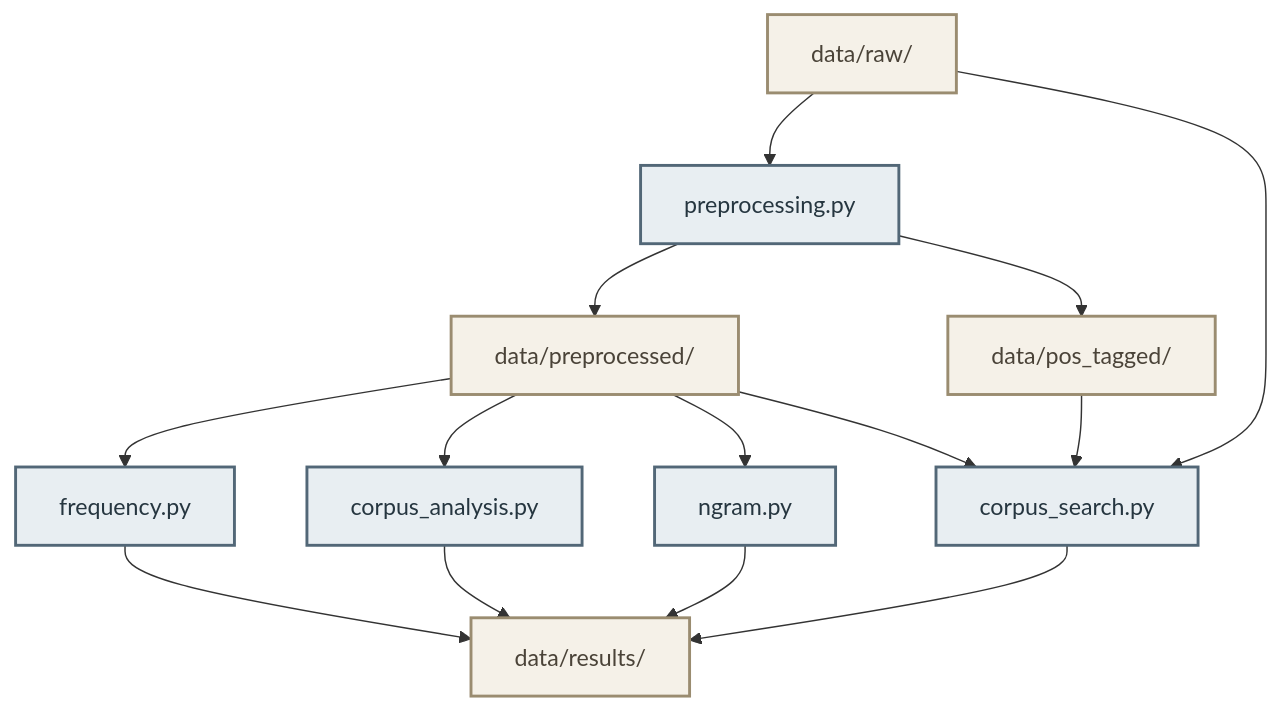
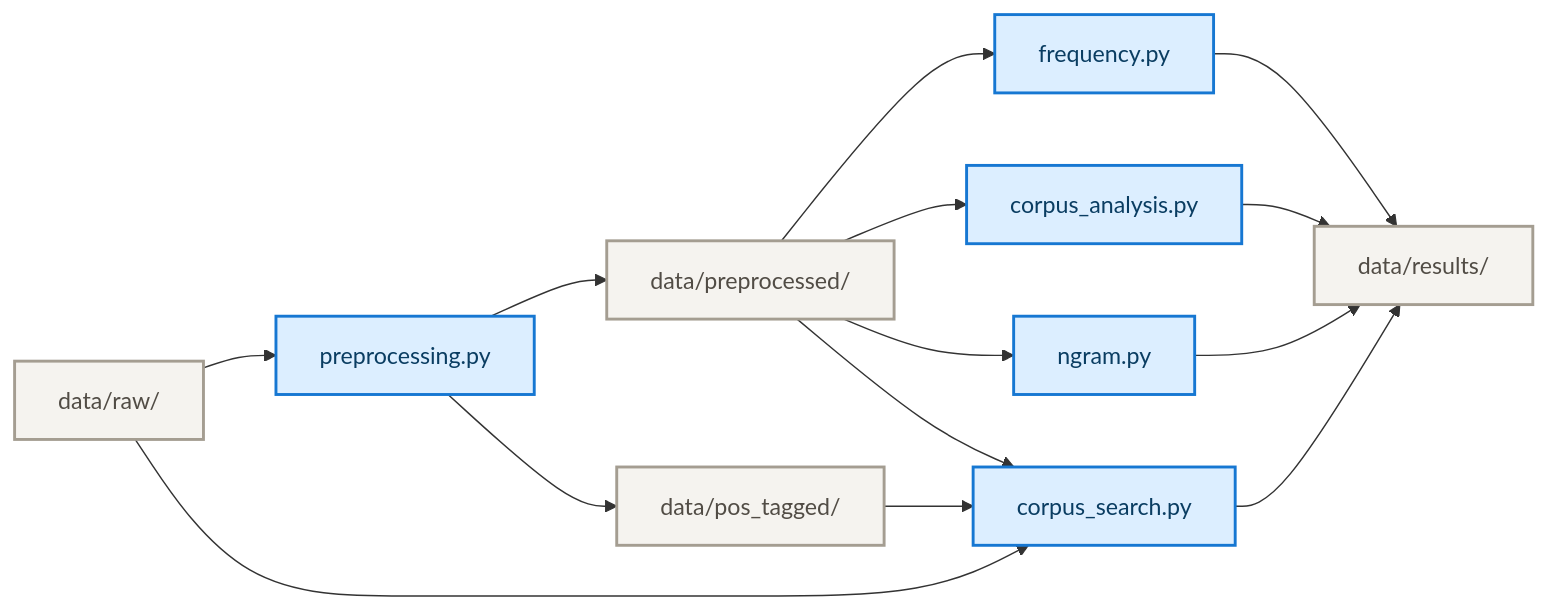
Before and after one commit to ksphere0013/Corpus-Linguistics-Toolkit-for-Chinese: the diagram in README.md, drawn with Mermaid. The commit also changed other lines of this file, not shown here.

````diff
--- a/README.md
+++ b/README.md
@@ -66,28 +65,28 @@
 ```mermaid
-flowchart TD
+flowchart LR
     C[data/raw/]
 
     C --> D[preprocessing.py]
 
     D --> E[data/preprocessed/]
     D --> F[data/pos_tagged/]
 
     E --> G[frequency.py]
     E --> H[corpus_analysis.py]
     E --> I[ngram.py]
     E --> J[corpus_search.py]
 
     F --> J
     C --> J
 
     G --> K[data/results/]
     H --> K
     I --> K
     J --> K
 
-    classDef python fill:#E8EEF2,stroke:#526777,stroke-width:2px,color:#263640;
-    classDef data fill:#F5F1E8,stroke:#9A8C70,stroke-width:2px,color:#4A4338;
+    classDef python fill:#DCEEFF,stroke:#1677D2,stroke-width:2px,color:#0A3D62;
+    classDef data fill:#F5F3EF,stroke:#A49D91,stroke-width:2px,color:#514C45;
 
     class D,G,H,I,J python;
     class C,E,F,K data;
 ```
````
